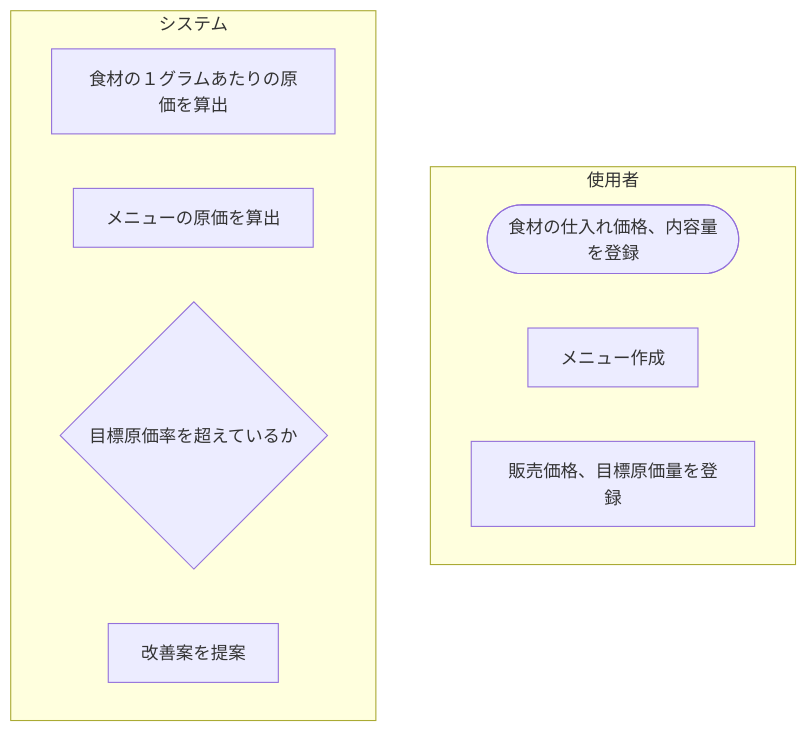
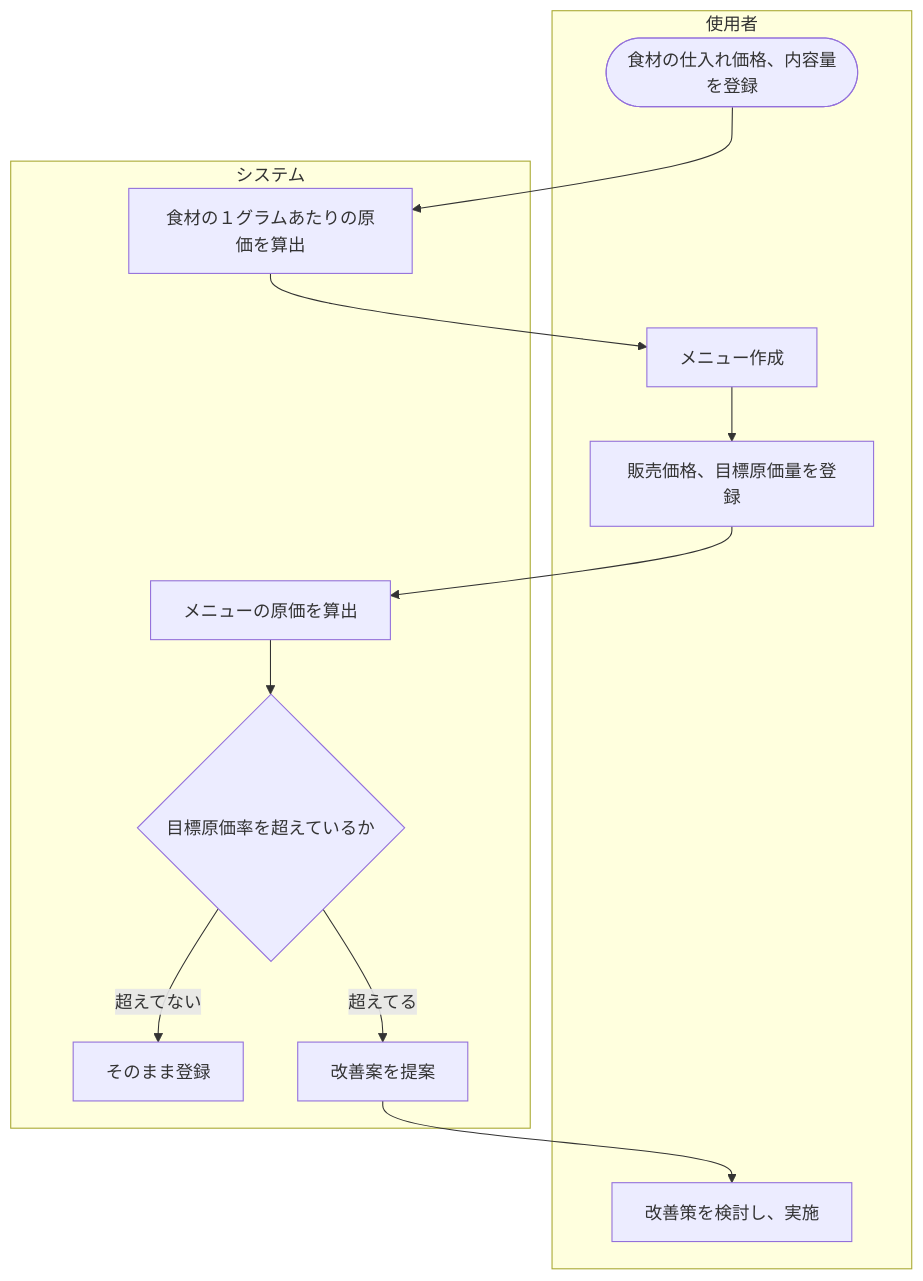
One commit to kamakiri604/Cost-Manager changed the diagram in documents/DESIGN.md. Above: the diagram before and after it, drawn with Mermaid.

Commit message:
Update flowchart in DESIGN.md for improvement proposal

````diff
--- a/documents/DESIGN.md
+++ b/documents/DESIGN.md
@@ -5,16 +5,22 @@
 ```mermaid
 flowchart TD
     subgraph 使用者
         A(["食材の仕入れ価格、内容量を登録"])
         B["メニュー作成"]
         C["販売価格、目標原価量を登録"]
+        I["改善策を検討し、実施"]
     end
 
     subgraph システム
         D["食材の１グラムあたりの原価を算出"]
         E["メニューの原価を算出"]
         F{"目標原価率を超えているか"}
         G["そのまま登録"]
-        G["改善案を提案"]
+        H["改善案を提案"]
     end
+
+    A --> D --> B --> C --> E --> F
+    F -->|超えてる| H
+    F -->|超えてない| G
+    H --> I
 ```
````
